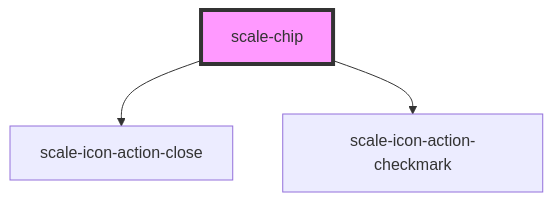
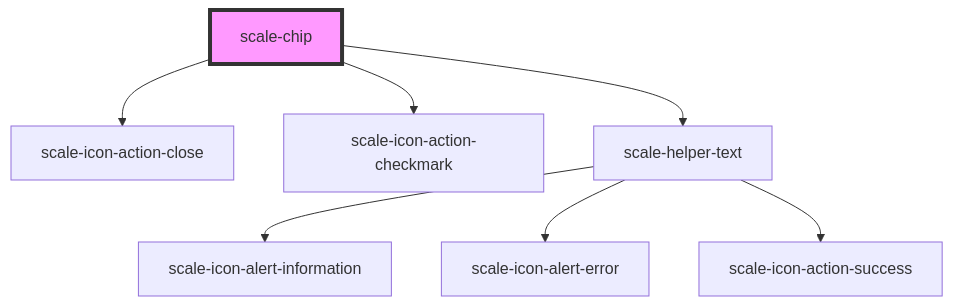
One commit to telekom/scale changed the diagram in packages/components/src/components/chip/readme.md. Above: the diagram before and after it, drawn with Mermaid. The commit also changed other lines of this file and 3 other files, not shown here.

````diff
--- a/packages/components/src/components/chip/readme.md
+++ b/packages/components/src/components/chip/readme.md
@@ -48,6 +49,10 @@
 ```mermaid
 graph TD;
   scale-chip --> scale-icon-action-close
   scale-chip --> scale-icon-action-checkmark
+  scale-chip --> scale-helper-text
+  scale-helper-text --> scale-icon-alert-information
+  scale-helper-text --> scale-icon-alert-error
+  scale-helper-text --> scale-icon-action-success
   style scale-chip fill:#f9f,stroke:#333,stroke-width:4px
 ```
````
